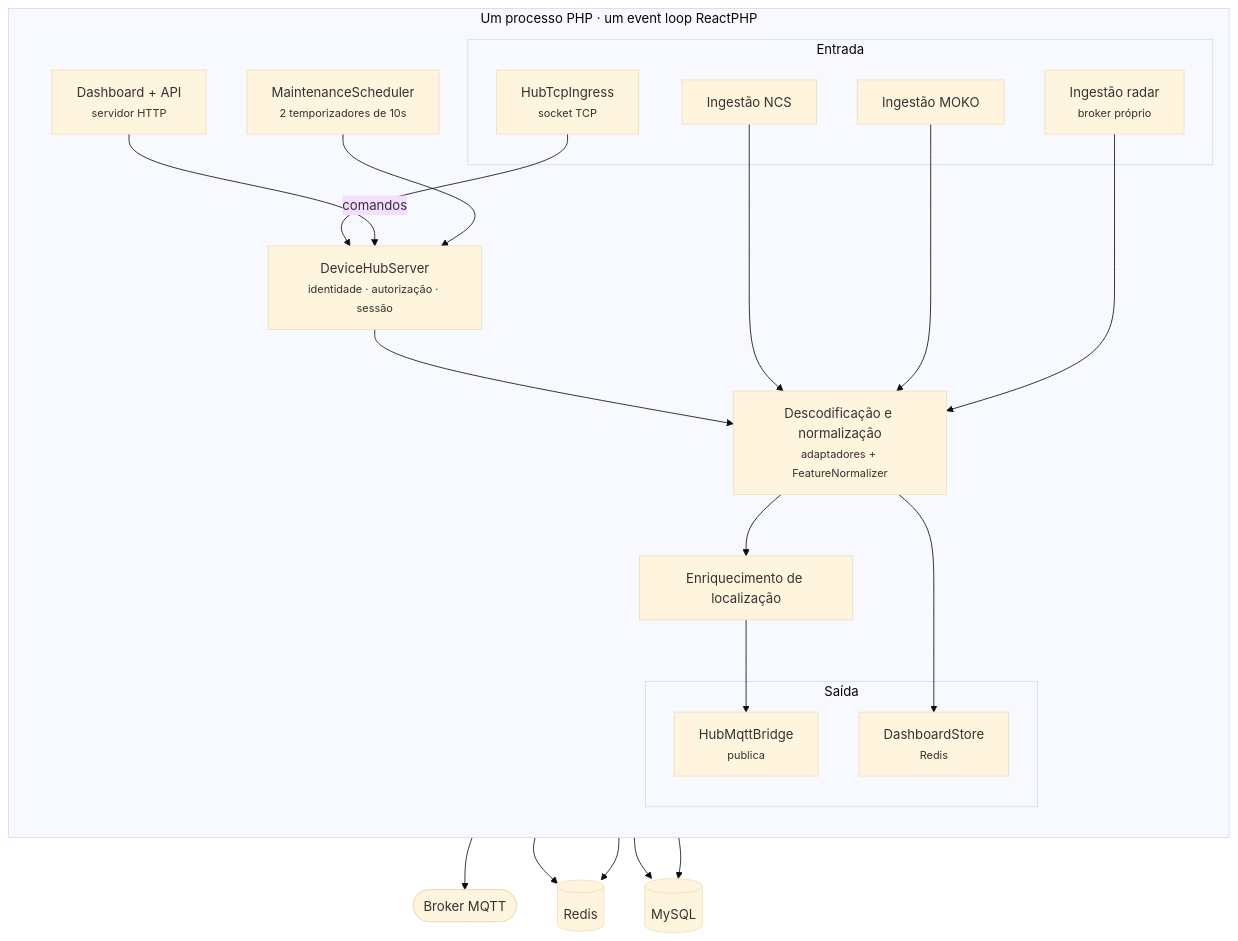
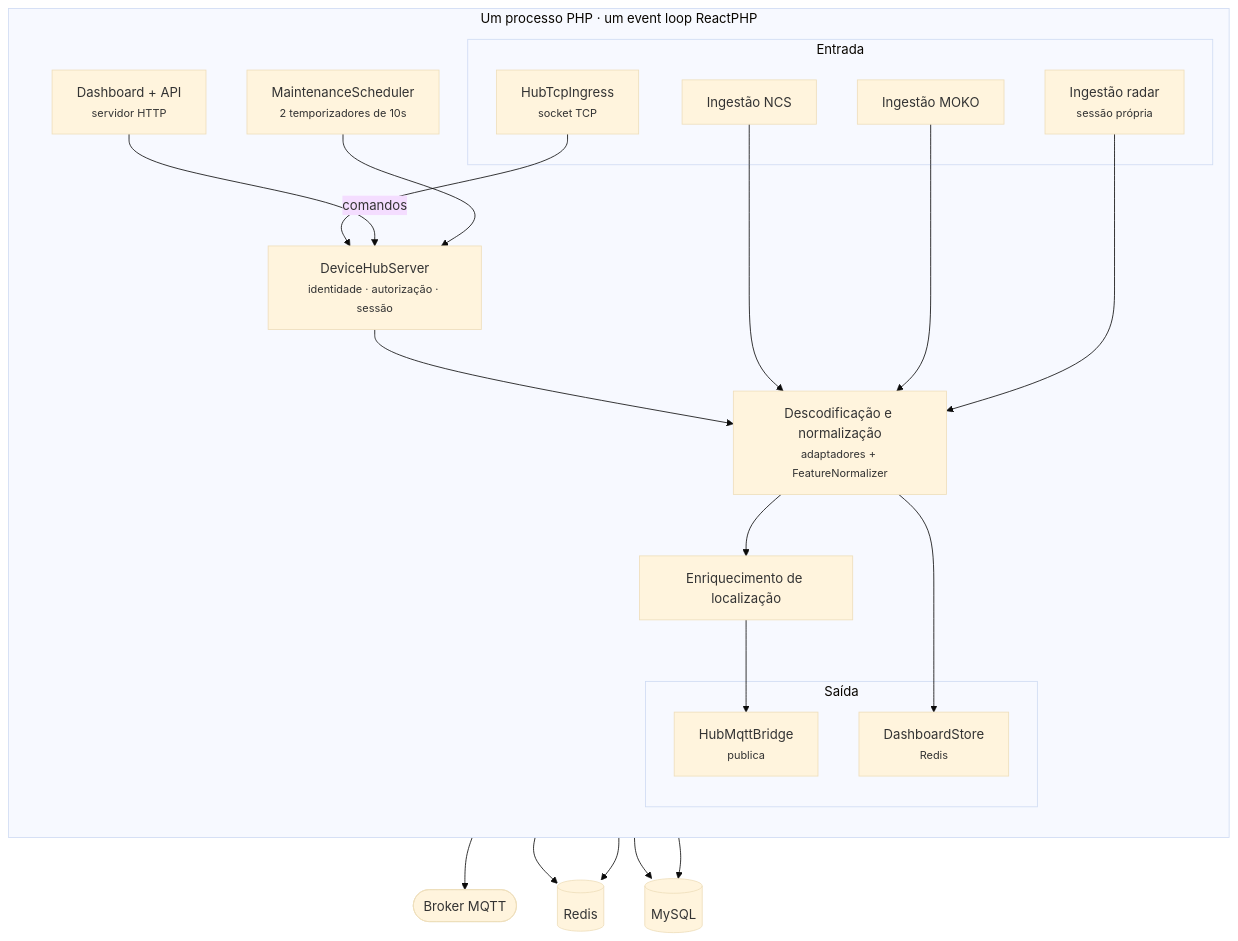
One commit to hvieira512/havicare-hub changed the first of 2 diagrams in docs/01-visao-geral.md. Above: the diagram before and after it, drawn with Mermaid (base theme). The commit also changed other lines of this file and 3 other files, not shown here.

````diff
--- a/docs/01-visao-geral.md
+++ b/docs/01-visao-geral.md
@@ -16,44 +16,44 @@
 ```mermaid
 flowchart TB
   subgraph proc["Um processo PHP · um event loop ReactPHP"]
     direction TB
 
     subgraph entra["Entrada"]
       TCP["HubTcpIngress<br/><small>socket TCP</small>"]
       NCS["Ingestão NCS"]
       MOKO["Ingestão MOKO"]
-      RAD["Ingestão radar<br/><small>broker próprio</small>"]
+      RAD["Ingestão radar<br/><small>sessão própria</small>"]
     end
 
     CORE["DeviceHubServer<br/><small>identidade · autorização · sessão</small>"]
     NORM["Descodificação e normalização<br/><small>adaptadores + FeatureNormalizer</small>"]
     LOC["Enriquecimento de localização"]
 
     subgraph sai["Saída"]
       MQTT["HubMqttBridge<br/><small>publica</small>"]
       DASH["DashboardStore<br/><small>Redis</small>"]
     end
 
     HTTP["Dashboard + API<br/><small>servidor HTTP</small>"]
     MAINT["MaintenanceScheduler<br/><small>2 temporizadores de 10s</small>"]
   end
 
   DB[("MySQL")]
   RDS[("Redis")]
   BRK(["Broker MQTT"])
 
   TCP --> CORE
   HTTP -->|comandos| CORE
   CORE --> NORM
   NCS --> NORM
   MOKO --> NORM
   RAD --> NORM
   NORM --> LOC --> MQTT
   NORM --> DASH
   MQTT --> BRK
   DASH --> RDS
   HTTP --> DB
   HTTP --> RDS
   CORE --> DB
   MAINT --> CORE
 ```
````
